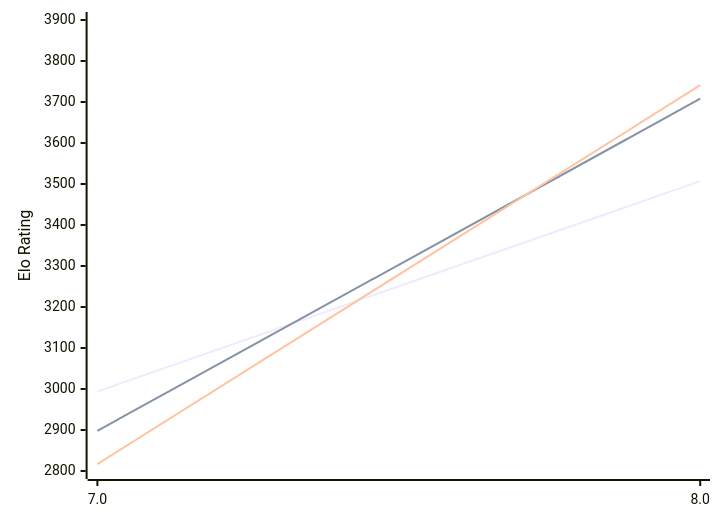
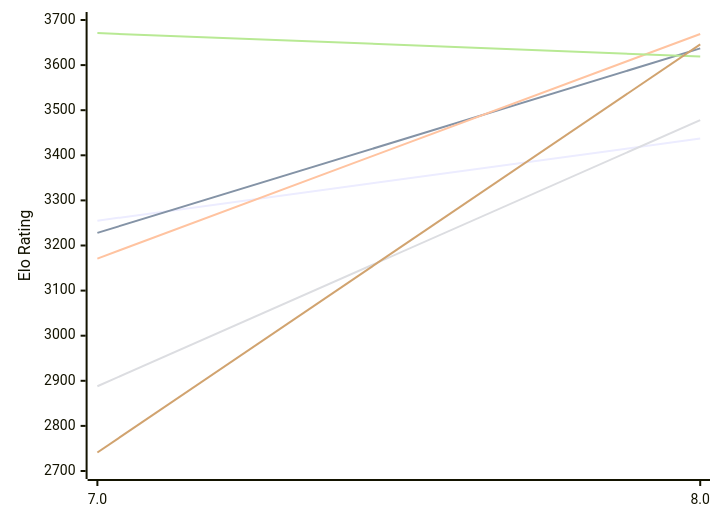
Before and after one commit to computer-chess-index/cci: the first of 2 diagrams in engines/Integral.md, drawn with Mermaid. The commit also changed other lines of this file, not shown here.

Commit message:
Update CCI Ratings (ELO VLTC) - 2026-11-13

````diff
--- a/engines/Integral.md
+++ b/engines/Integral.md
@@ -50,12 +50,12 @@
 ```mermaid
 %%{init: {"theme":"base","themeVariables":{"seriesColors:['#a3a3a3','#222221','#faa371']}}}%%
 xychart-beta
   x-axis ["7.0", "8.0"]
-  y-axis "Elo Rating" 2800 --> 3900
-  line "E1: STC (8.0+0.08s)" [2994, 3507]
-  line "E1: LTC (60.0+0.60s)" [2898, 3708]
-  line "E1: VLTC (2m24s+1.12s)" [2817, 3741]
-  line "P1: STC (8.0+0.08s)" [3645]
-  line "P1: LTC (60.0+0.60s)" [3787]
-  line "P1: VLTC (2m24s+1.12s)" [3812]
+  y-axis "Elo Rating" 2700 --> 3700
+  line "E1: STC (8.0+0.08s)" [3255, 3437]
+  line "E1: LTC (60.0+0.60s)" [3228, 3637]
+  line "E1: VLTC (2m24s+1.12s)" [3171, 3669]
+  line "P1: STC (8.0+0.08s)" [2888, 3478]
+  line "P1: LTC (60.0+0.60s)" [3671, 3619]
+  line "P1: VLTC (2m24s+1.12s)" [2741, 3646]
 ```
````
